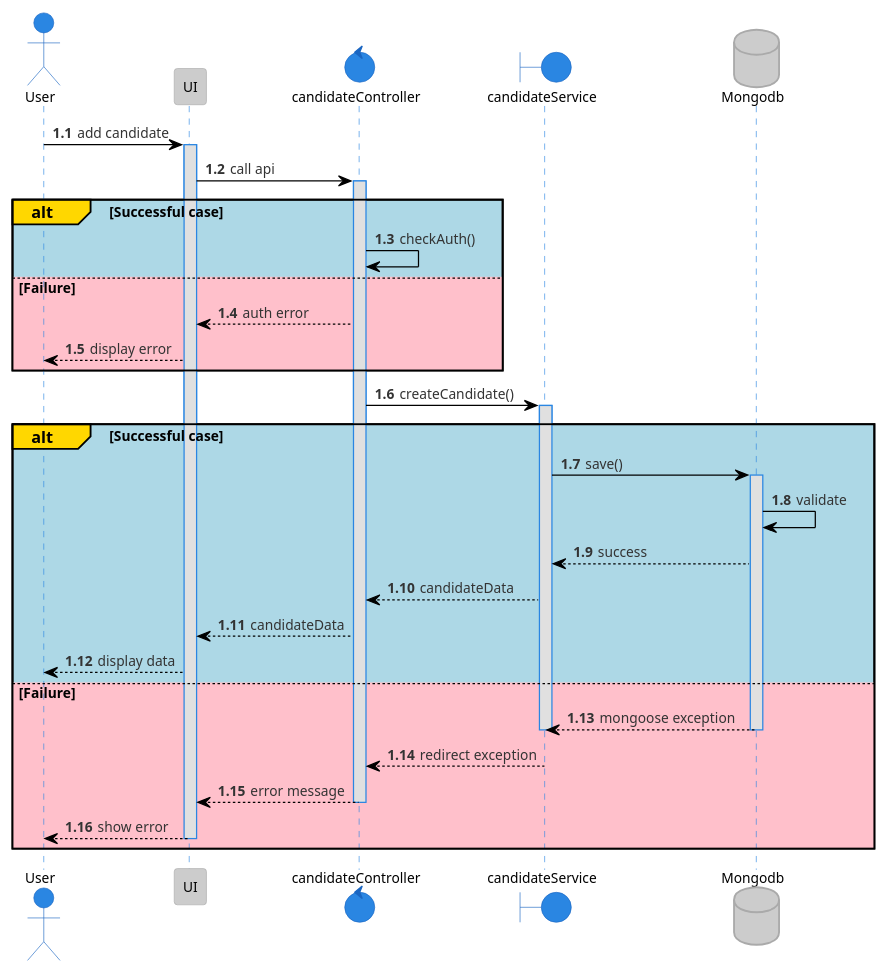
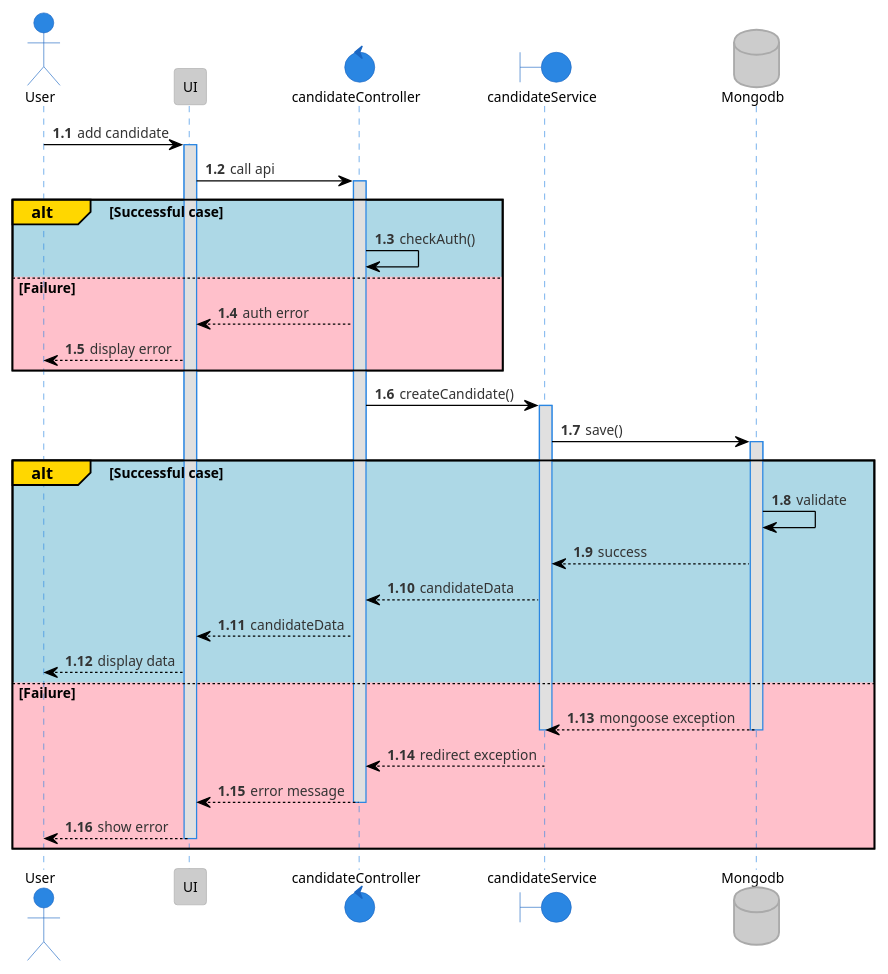
Before and after one commit to tuannm99/RMS: the diagram in plantuml/sequence/candidate/addCandidate.puml, drawn with PlantUML. The commit also changed 1 other file, not shown here.

Commit message:
update - candidate sequence

```diff
--- a/plantuml/sequence/candidate/addCandidate.puml
+++ b/plantuml/sequence/candidate/addCandidate.puml
@@ -1,45 +1,45 @@
 @startuml addCandidate
 !theme reddress-lightblue
 
 autonumber 1.1
 actor User
 participant UI
 control  candidateController
 boundary candidateService
 database Mongodb
 
 
 User -> UI: add candidate
 activate UI
 UI -> candidateController: call api
 activate candidateController
 alt#Gold #LightBlue Successful case
     candidateController -> candidateController: checkAuth()
 else #Pink Failure
     candidateController --> UI: auth error
     UI --> User: display error
 end
 candidateController -> candidateService: createCandidate()
 activate candidateService
+candidateService -> Mongodb: save()
 
 alt#Gold #LightBlue Successful case
-    candidateService -> Mongodb: save()
     activate Mongodb
     Mongodb -> Mongodb: validate
     Mongodb --> candidateService: success
     candidateService --> candidateController: candidateData
     candidateController --> UI: candidateData
     UI --> User: display data
 else #Pink Failure
     Mongodb --> candidateService: mongoose exception
     deactivate candidateService
     deactivate Mongodb
     candidateService --> candidateController: redirect exception
     candidateController --> UI: error message
     deactivate candidateController
     UI --> User: show error
     deactivate Mongodb
     deactivate UI
 end
 
 @enduml
```
